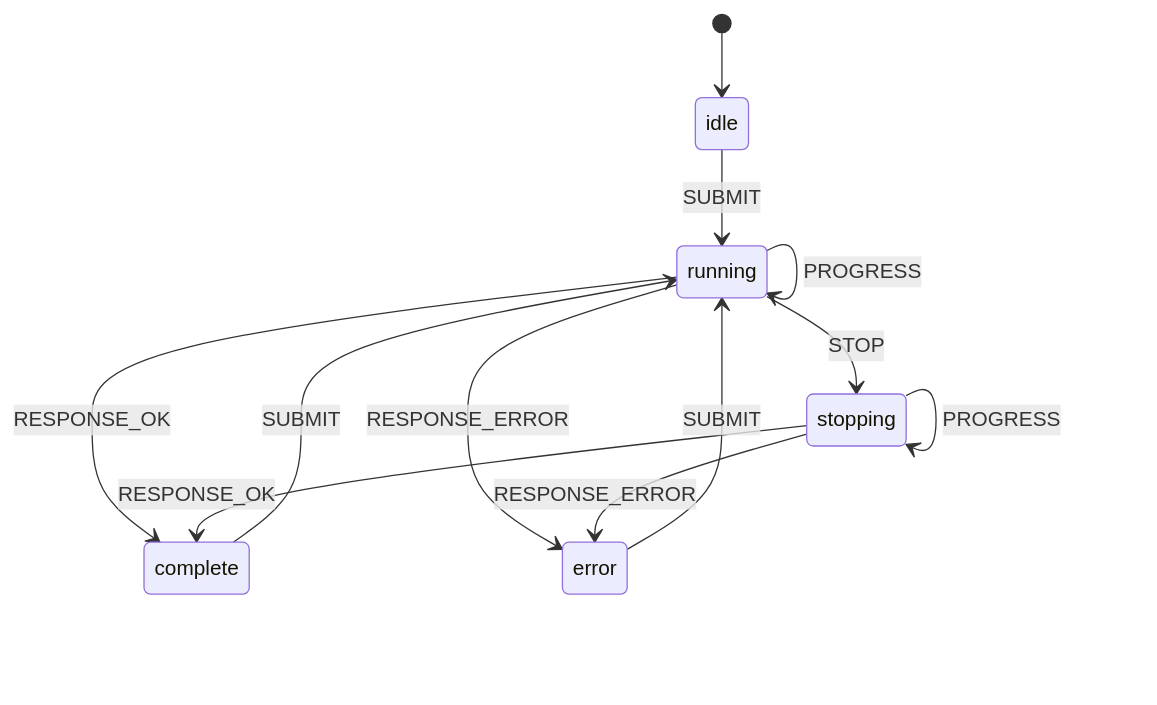
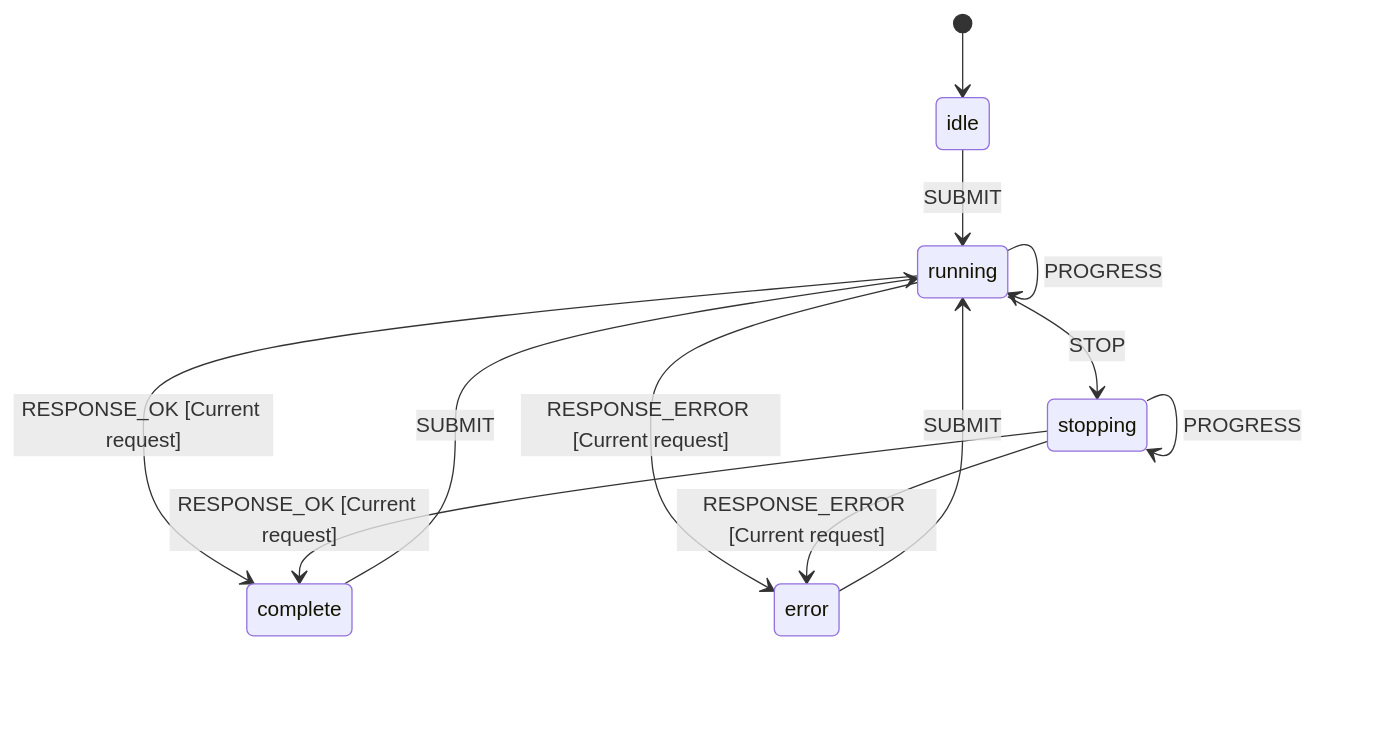
Diagram 31 of 52 in docs/contributing/state-machines.md (kody-hq/kody), drawn with Mermaid before and after one commit. The commit also changed other lines of this file and 107 other files, not shown here.

````diff
--- a/docs/contributing/state-machines.md
+++ b/docs/contributing/state-machines.md
@@ -1025,14 +1025,14 @@
 ```mermaid
 stateDiagram-v2
     [*] --> idle
     idle --> running: SUBMIT
     running --> running: PROGRESS
     running --> stopping: STOP
-    running --> complete: RESPONSE_OK
-    running --> error: RESPONSE_ERROR
+    running --> complete: RESPONSE_OK [Current request]
+    running --> error: RESPONSE_ERROR [Current request]
     stopping --> stopping: PROGRESS
-    stopping --> complete: RESPONSE_OK
-    stopping --> error: RESPONSE_ERROR
+    stopping --> complete: RESPONSE_OK [Current request]
+    stopping --> error: RESPONSE_ERROR [Current request]
     complete --> running: SUBMIT
     error --> running: SUBMIT
 ```
````
